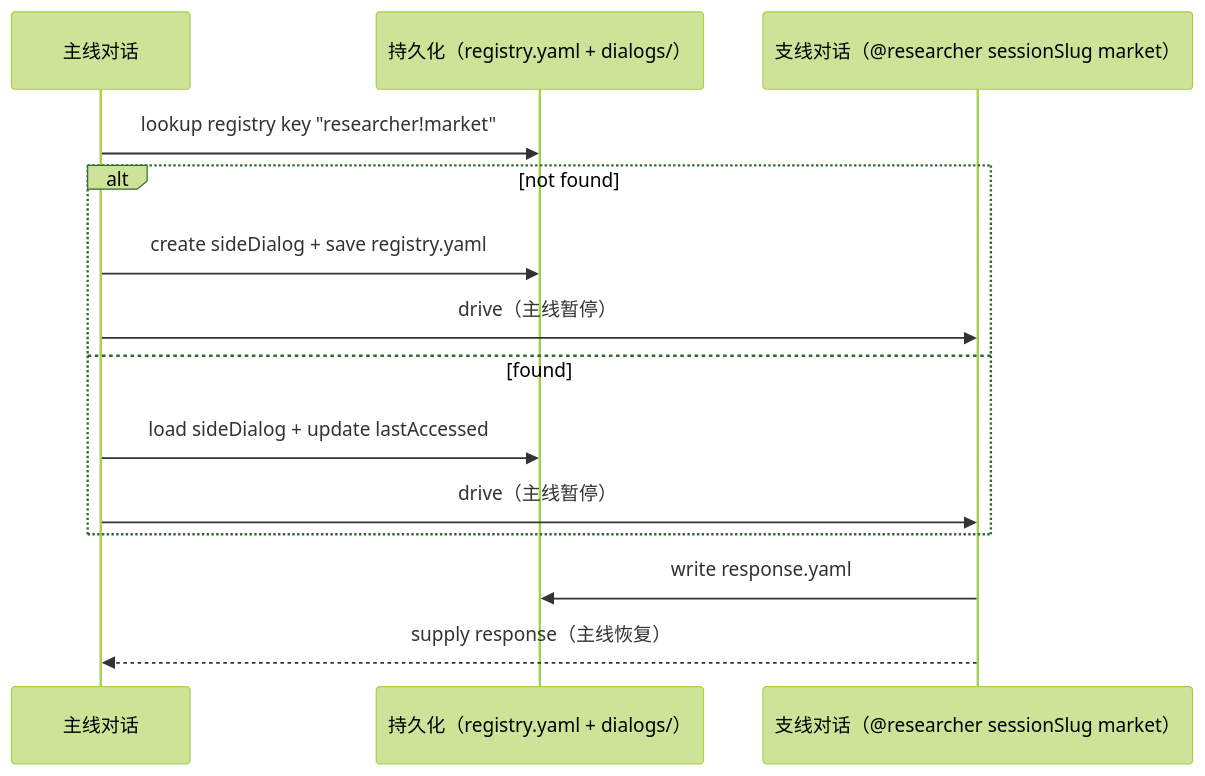
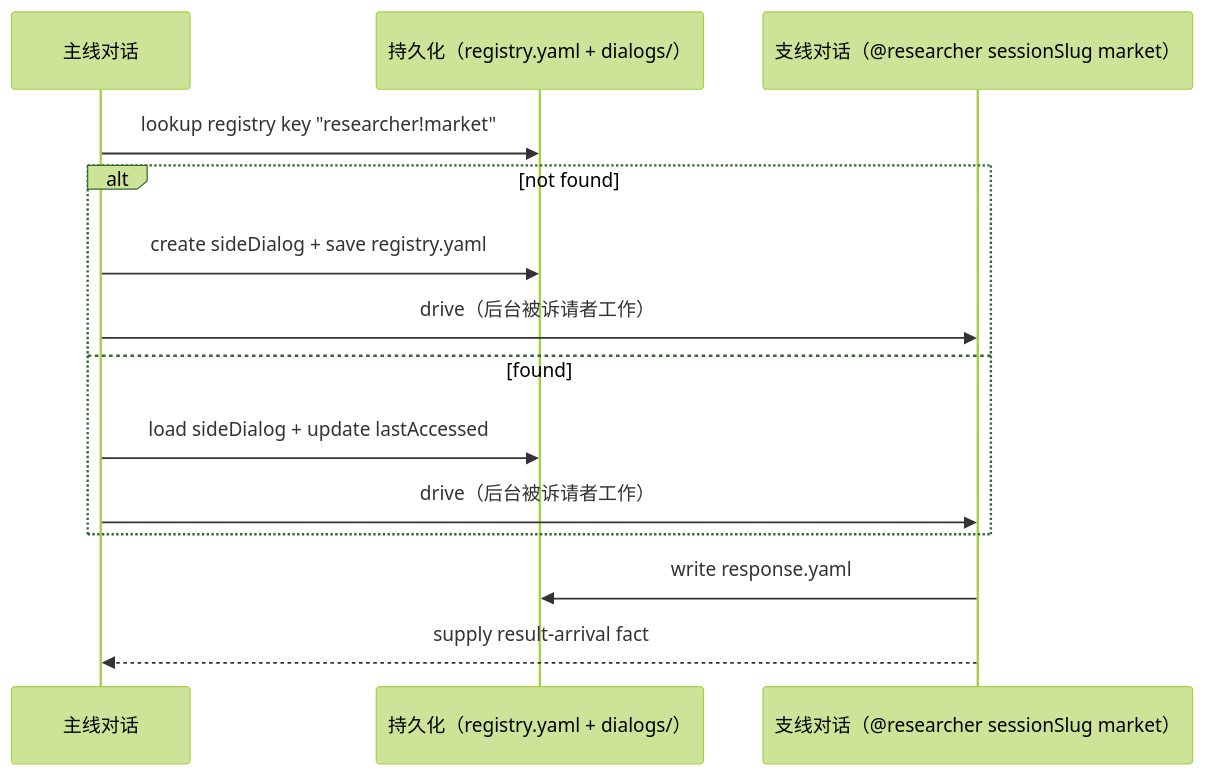
Before and after one commit to longrun-ai/dominds: diagram 19 of 19 in docs/dialog-system.zh.md, drawn with Mermaid (forest theme). The commit also changed other lines of this file and 54 other files, not shown here.

````diff
--- a/docs/dialog-system.zh.md
+++ b/docs/dialog-system.zh.md
@@ -1434,18 +1431,18 @@
 ```mermaid
 sequenceDiagram
   participant Main as 主线对话
   participant Store as 持久化（registry.yaml + dialogs/）
   participant Side as 支线对话（@researcher sessionSlug market）
 
   Main->>Store: lookup registry key "researcher!market"
   alt not found
     Main->>Store: create sideDialog + save registry.yaml
-    Main->>Side: drive（主线暂停）
+    Main->>Side: drive（后台被诉请者工作）
   else found
     Main->>Store: load sideDialog + update lastAccessed
-    Main->>Side: drive（主线暂停）
+    Main->>Side: drive（后台被诉请者工作）
   end
 
   Side->>Store: write response.yaml
-  Side-->>Main: supply response（主线恢复）
+  Side-->>Main: supply result-arrival fact
 ```
````
